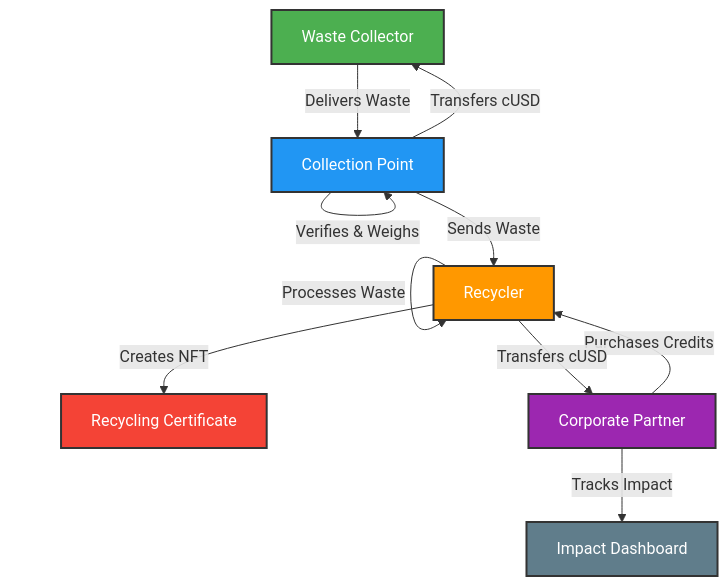
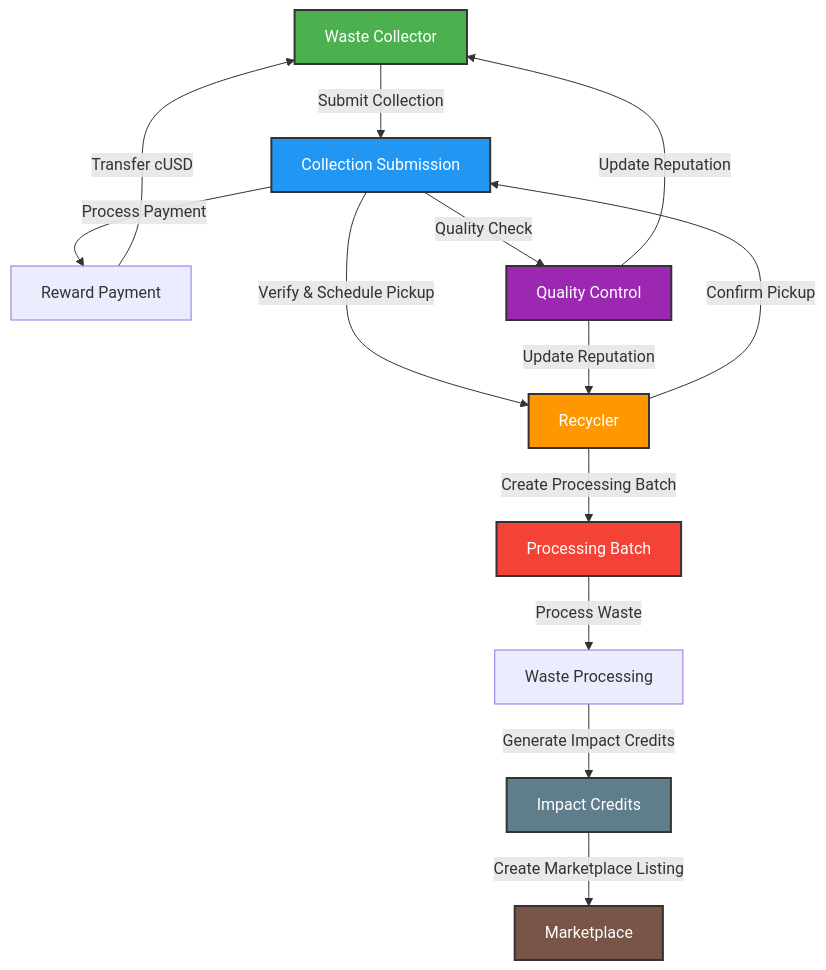
One commit to Kanasjnr/Africycle changed the diagram in README.md. Above: the diagram before and after it, drawn with Mermaid. The commit also changed other lines of this file and 34 other files, not shown here.

````diff
--- a/README.md
+++ b/README.md
@@ -19,31 +22,33 @@
 ```mermaid
 graph TD
     %% Roles
     Collector[Waste Collector]
-    CollectionPoint[Collection Point]
     Recycler[Recycler]
-    Corporate[Corporate Partner]
     
     %% Collection Process
-    Collector -->|Delivers Waste| CollectionPoint
-    CollectionPoint -->|Verifies & Weighs| CollectionPoint
-    CollectionPoint -->|Transfers cUSD| Collector
+    Collector -->|Submit Collection| Collection[Collection Submission]
+    Collection -->|Verify & Schedule Pickup| Recycler
+    Recycler -->|Confirm Pickup| Collection
+    Collection -->|Process Payment| Payment[Reward Payment]
+    Payment -->|Transfer cUSD| Collector
     
     %% Recycling Process
-    CollectionPoint -->|Sends Waste| Recycler
-    Recycler -->|Processes Waste| Recycler
-    Recycler -->|Creates NFT| RecyclingCertificate[Recycling Certificate]
+    Recycler -->|Create Processing Batch| Batch[Processing Batch]
+    Batch -->|Process Waste| Processing[Waste Processing]
+    Processing -->|Generate Impact Credits| Credits[Impact Credits]
+    Credits -->|Create Marketplace Listing| Marketplace[Marketplace]
     
-    %% Corporate Partnership
-    Corporate -->|Purchases Credits| Recycler
-    Recycler -->|Transfers cUSD| Corporate
-    Corporate -->|Tracks Impact| ImpactDashboard[Impact Dashboard]
+    %% Quality & Verification
+    Collection -->|Quality Check| Quality[Quality Control]
+    Quality -->|Update Reputation| Collector
+    Quality -->|Update Reputation| Recycler
     
     %% Styling
     style Collector fill:#4CAF50,stroke:#333,stroke-width:2px,color:white
-    style CollectionPoint fill:#2196F3,stroke:#333,stroke-width:2px,color:white
     style Recycler fill:#FF9800,stroke:#333,stroke-width:2px,color:white
-    style Corporate fill:#9C27B0,stroke:#333,stroke-width:2px,color:white
-    style RecyclingCertificate fill:#F44336,stroke:#333,stroke-width:2px,color:white
-    style ImpactDashboard fill:#607D8B,stroke:#333,stroke-width:2px,color:white
+    style Collection fill:#2196F3,stroke:#333,stroke-width:2px,color:white
+    style Batch fill:#F44336,stroke:#333,stroke-width:2px,color:white
+    style Credits fill:#607D8B,stroke:#333,stroke-width:2px,color:white
+    style Marketplace fill:#795548,stroke:#333,stroke-width:2px,color:white
+    style Quality fill:#9C27B0,stroke:#333,stroke-width:2px,color:white
 ```
````
